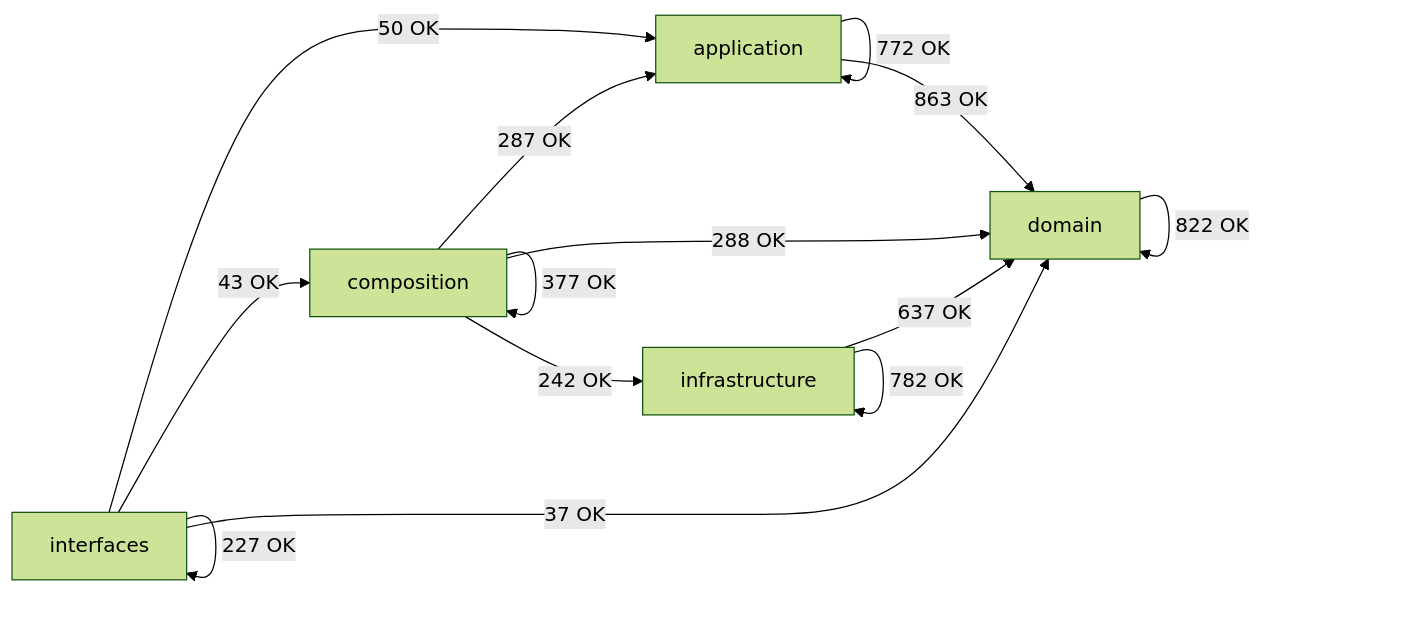
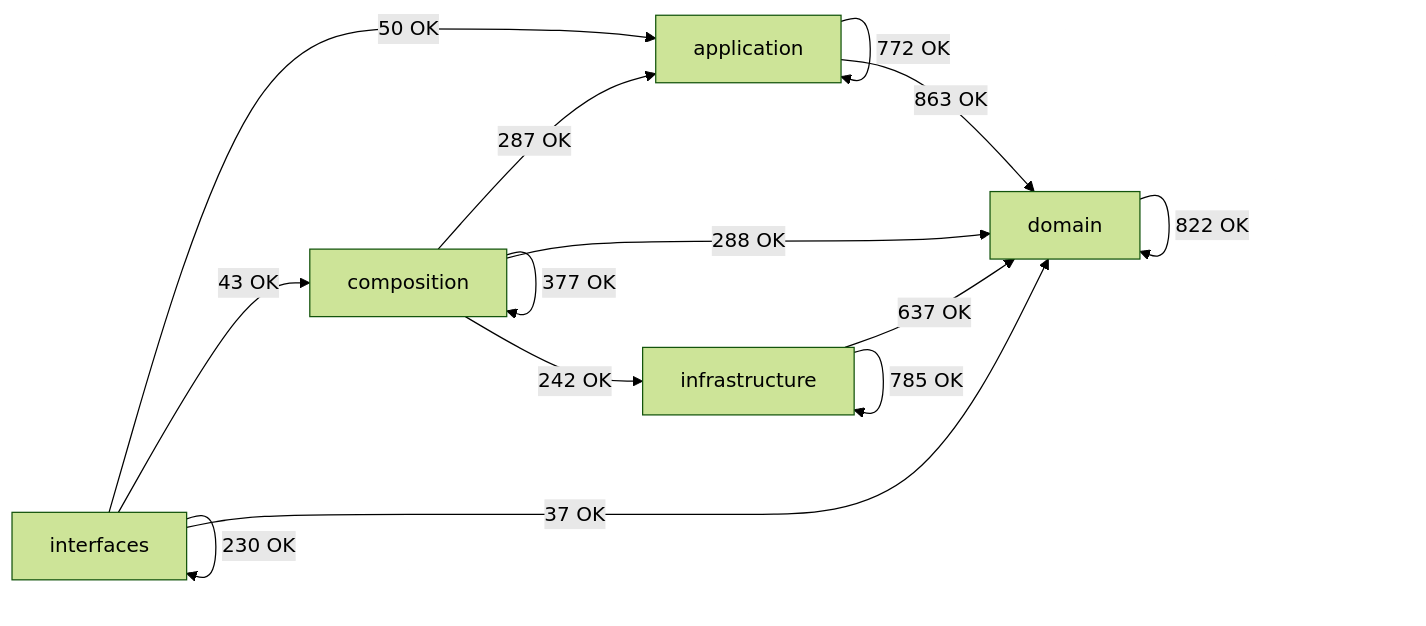
One commit to SatoryKono/BioactivityDataAcquisition changed the diagram in docs/02-architecture/generated/module-dependency-map.md. Above: the diagram before and after it, drawn with Mermaid (forest theme). The commit also changed other lines of this file and 94 other files, not shown here.

````diff
--- a/docs/02-architecture/generated/module-dependency-map.md
+++ b/docs/02-architecture/generated/module-dependency-map.md
@@ -26,21 +17,21 @@
 ```mermaid
 flowchart LR
     domain[domain]
     application[application]
     infrastructure[infrastructure]
     composition[composition]
     interfaces[interfaces]
     application -->|772 OK| application
     application -->|863 OK| domain
     composition -->|287 OK| application
     composition -->|377 OK| composition
     composition -->|288 OK| domain
     composition -->|242 OK| infrastructure
     domain -->|822 OK| domain
     infrastructure -->|637 OK| domain
-    infrastructure -->|782 OK| infrastructure
+    infrastructure -->|785 OK| infrastructure
     interfaces -->|50 OK| application
     interfaces -->|43 OK| composition
     interfaces -->|37 OK| domain
-    interfaces -->|227 OK| interfaces
+    interfaces -->|230 OK| interfaces
 ```
````
